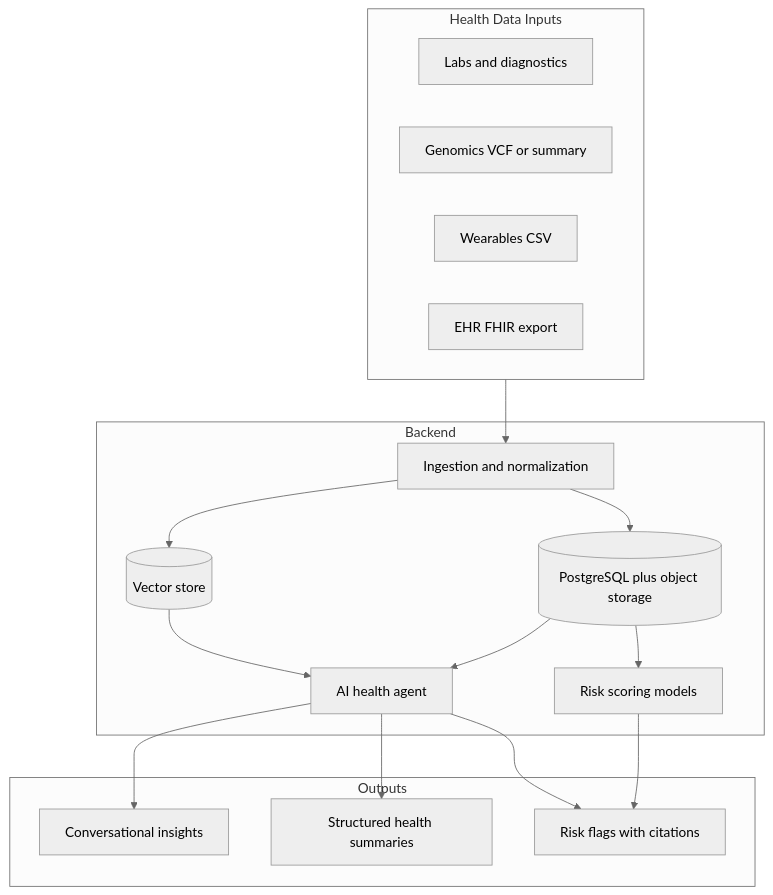
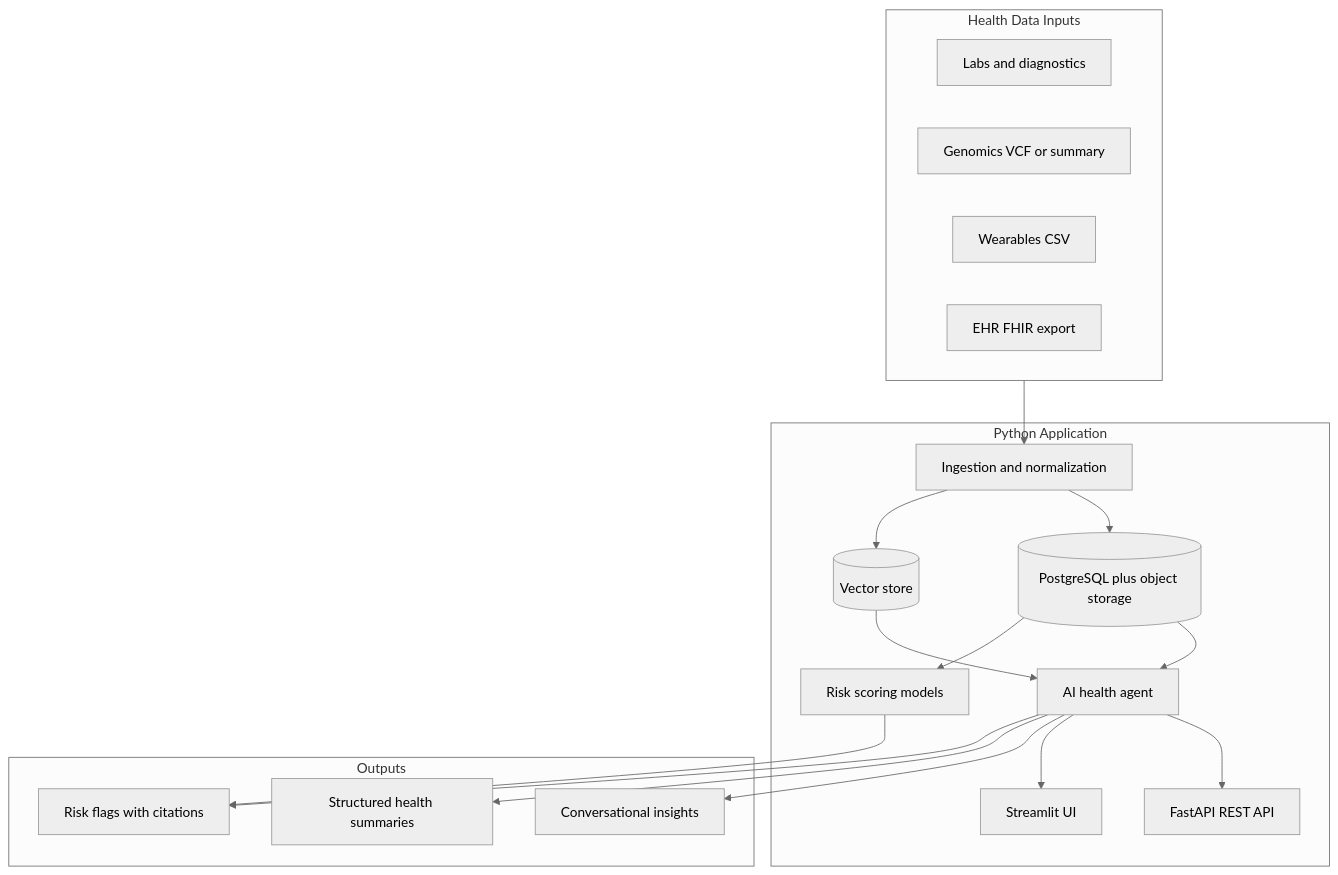
Before and after one commit to KarthikAmaravadi1234/ai-personalized-medicine: the diagram in README.MD, drawn with Mermaid (neutral theme). The commit also changed other lines of this file and 9 other files, not shown here.

````diff
--- a/README.MD
+++ b/README.MD
@@ -43,33 +43,37 @@
 ```mermaid
 flowchart TB
     subgraph inputs [Health Data Inputs]
         Labs[Labs and diagnostics]
         Genomics[Genomics VCF or summary]
         Wearables[Wearables CSV]
         EHR[EHR FHIR export]
     end
 
-    subgraph backend [Backend]
+    subgraph pythonApp [Python Application]
         Ingest[Ingestion and normalization]
         Store[(PostgreSQL plus object storage)]
         Vector[(Vector store)]
         Agent[AI health agent]
         ML[Risk scoring models]
+        API[FastAPI REST API]
+        UI[Streamlit UI]
     end
 
     subgraph outputs [Outputs]
         Chat[Conversational insights]
         Reports[Structured health summaries]
         Alerts[Risk flags with citations]
     end
 
     inputs --> Ingest --> Store
     Ingest --> Vector
     Store --> Agent
     Vector --> Agent
     Store --> ML
+    Agent --> API
+    Agent --> UI
+    ML --> Alerts
     Agent --> Chat
     Agent --> Reports
-    ML --> Alerts
     Agent --> Alerts
 ```
````
